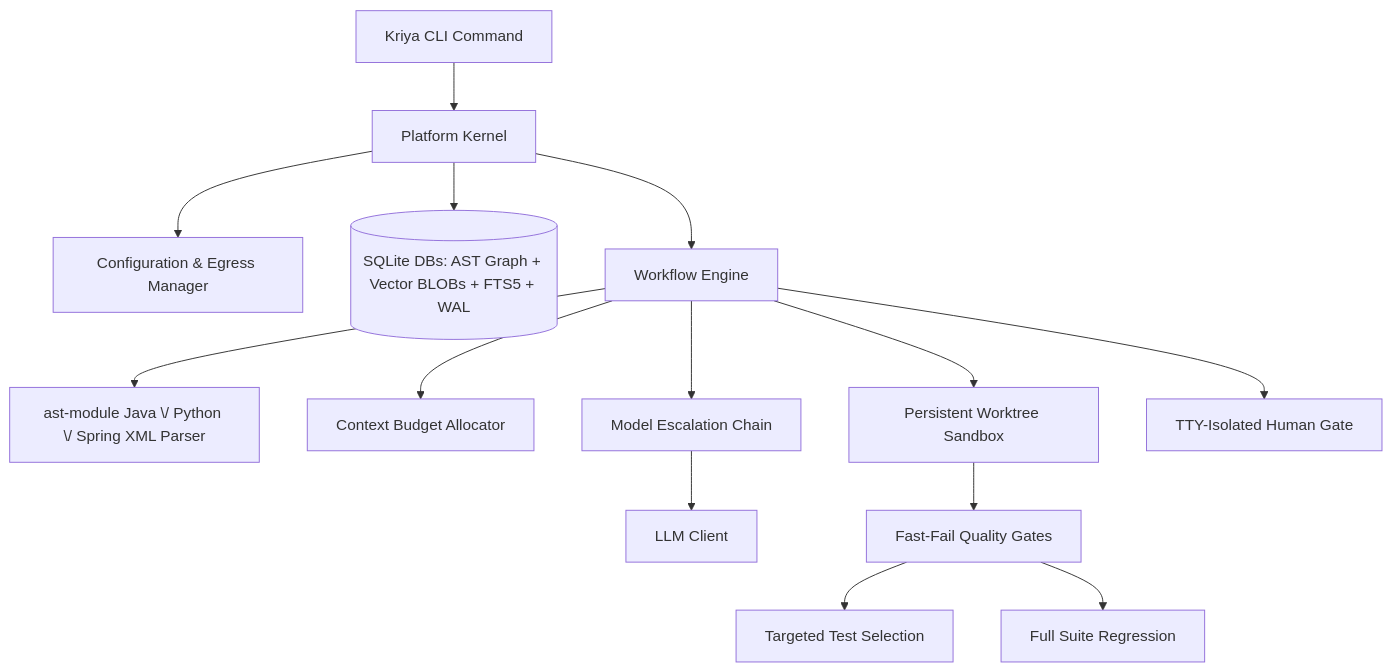
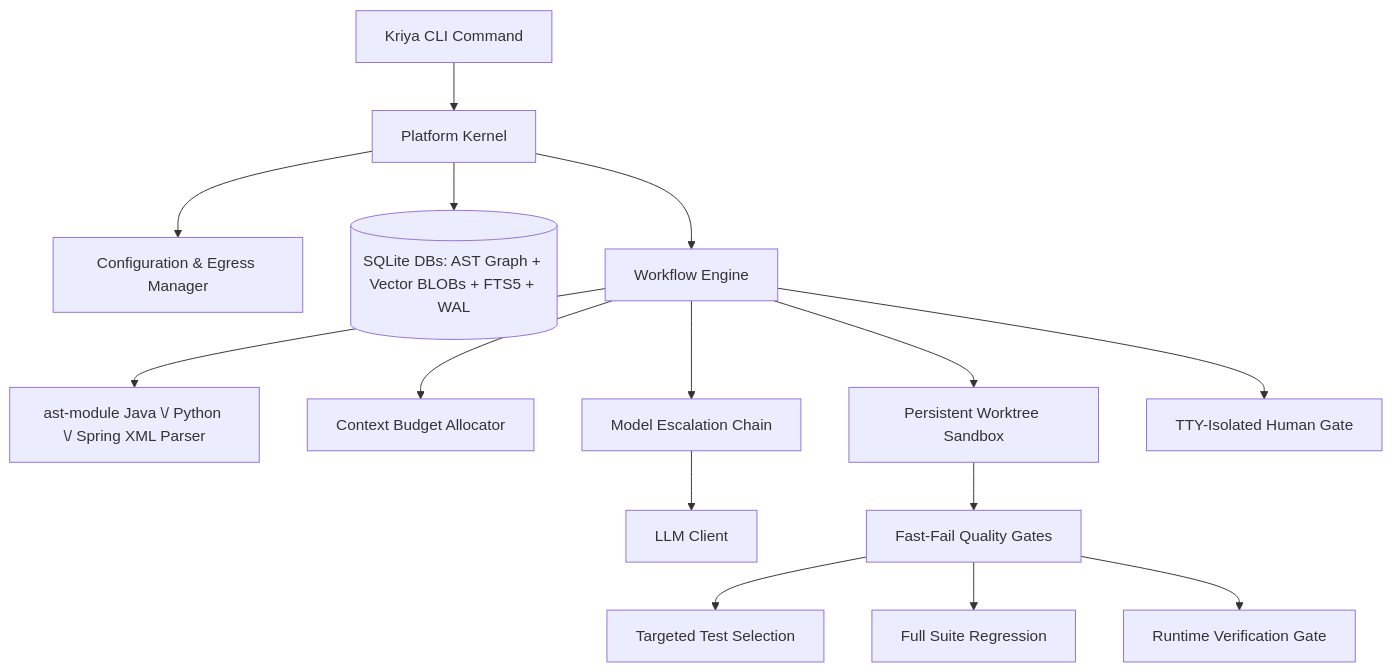
The diagram in docs/design.md (snanduri7/kriya), drawn with Mermaid before and after one commit. The commit also changed other lines of this file and 2 other files, not shown here.

First line of the commit message:
docs: reconcile README/user_guide/design.md with Runtime Verification Gate and skill-verification subsystem

````diff
--- a/docs/design.md
+++ b/docs/design.md
@@ -11,16 +11,17 @@
 ```mermaid
 graph TD
     CLI[Kriya CLI Command] --> Kernel[Platform Kernel]
     Kernel --> Config[Configuration & Egress Manager]
     Kernel --> SQLite[(SQLite DBs: AST Graph + Vector BLOBs + FTS5 + WAL)]
     Kernel --> Workflow[Workflow Engine]
     Workflow --> ASTParser[ast-module Java \/ Python \/ Spring XML Parser]
     Workflow --> Budget[Context Budget Allocator]
     Workflow --> Escalation[Model Escalation Chain]
     Escalation --> LLMClient[LLM Client]
     Workflow --> Sandbox[Persistent Worktree Sandbox]
     Sandbox --> Gates[Fast-Fail Quality Gates]
     Gates --> Targeted[Targeted Test Selection]
     Gates --> FullSuite[Full Suite Regression]
+    Gates --> RunVerify[Runtime Verification Gate]
     Workflow --> Approval[TTY-Isolated Human Gate]
 ```
````
